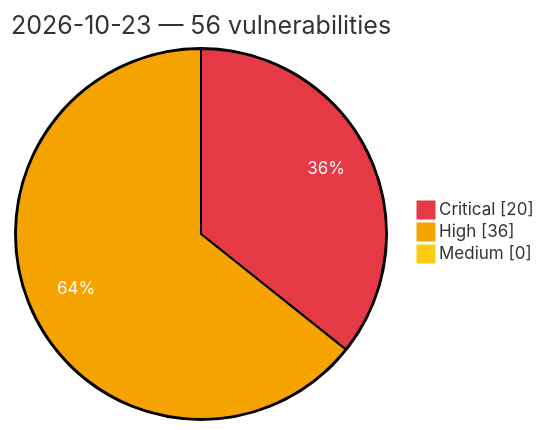
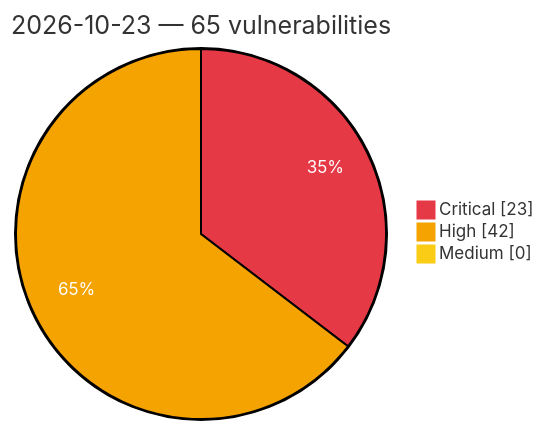
The diagram in vulnerabilities/2026/October/2026-10-23.md (GhostX0X/vuln-tracker), drawn with Mermaid before and after one commit. The commit also changed other lines of this file and 5 other files, not shown here.

Commit message:
Auto update: critical/high vulns (2026-10-24 01:06 UTC)

````diff
--- a/vulnerabilities/2026/October/2026-10-23.md
+++ b/vulnerabilities/2026/October/2026-10-23.md
@@ -3,8 +3,8 @@
 ```mermaid
 %%{init: {'theme':'base', 'themeVariables': {'pie1':'#e63946', 'pie2':'#f4a300', 'pie3':'#facc15', 'pieOpacity':'1', 'pieOuterStrokeWidth':'2px', 'pieSectionTextColor':'#ffffff'}}}%%
 pie showData
-    title 2026-10-23 — 56 vulnerabilities
-    "Critical" : 20
-    "High" : 36
+    title 2026-10-23 — 65 vulnerabilities
+    "Critical" : 23
+    "High" : 42
     "Medium" : 0
 ```
````
